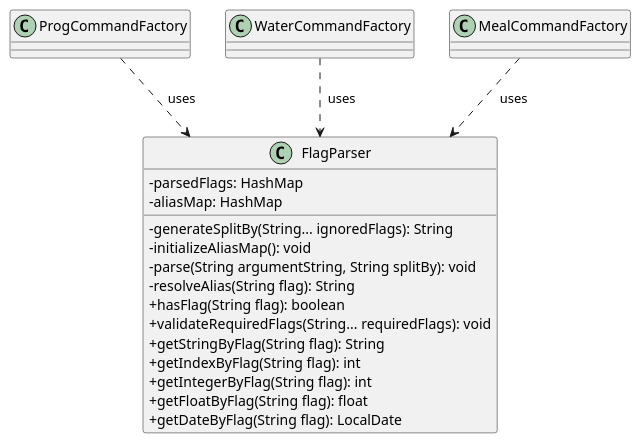
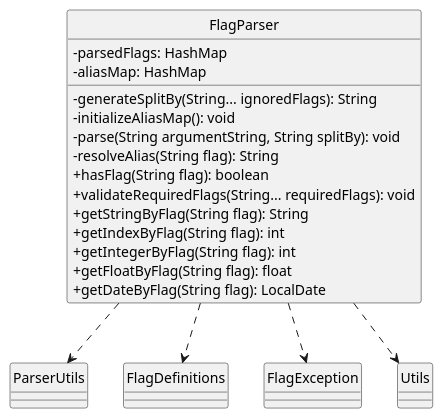
The diagram in docs/diagrams/flagParserComponent.puml (nus-cs2113-AY2425S1/tp), drawn with PlantUML before and after one commit. The commit also changed 30 other files, not shown here.

```diff
--- a/docs/diagrams/flagParserComponent.puml
+++ b/docs/diagrams/flagParserComponent.puml
@@ -1,25 +1,27 @@
 @startuml
 skinparam classAttributeIconSize 0
+hide circle
 
 class FlagParser {
   - parsedFlags: HashMap
   - aliasMap: HashMap
 
   - generateSplitBy(String... ignoredFlags): String
   - initializeAliasMap(): void
   - parse(String argumentString, String splitBy): void
   - resolveAlias(String flag): String
   + hasFlag(String flag): boolean
   + validateRequiredFlags(String... requiredFlags): void
   + getStringByFlag(String flag): String
   + getIndexByFlag(String flag): int
   + getIntegerByFlag(String flag): int
   + getFloatByFlag(String flag): float
   + getDateByFlag(String flag): LocalDate
 }
 
-ProgCommandFactory ..>  FlagParser : "  uses"
-WaterCommandFactory ..>  FlagParser : "  uses"
-MealCommandFactory ..>  FlagParser : "  uses"
+FlagParser ..> ParserUtils
+FlagParser ..> FlagDefinitions
+FlagParser ..> FlagException
+FlagParser ..> Utils
 
 @enduml
```
